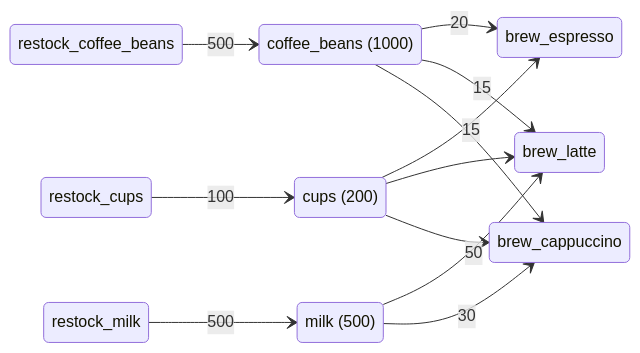
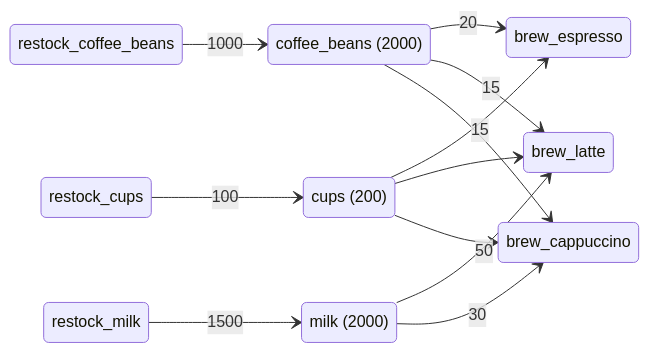
One commit to pflow-xyz/petri-pilot changed the first of 3 diagrams in generated/cafe/pantry/README.md. Above: the diagram before and after it, drawn with Mermaid. The commit also changed other lines of this file and 45 other files, not shown here.

````diff
--- a/generated/cafe/pantry/README.md
+++ b/generated/cafe/pantry/README.md
@@ -50,35 +56,35 @@
 ```mermaid
 stateDiagram-v2
     direction LR
 
-    state "coffee_beans (1000)" as PlaceCoffeeBeans
-    state "milk (500)" as PlaceMilk
+    state "coffee_beans (2000)" as PlaceCoffeeBeans
+    state "milk (2000)" as PlaceMilk
     state "cups (200)" as PlaceCups
 
 
     state "brew_espresso" as t_TransitionBrewEspresso
     state "brew_latte" as t_TransitionBrewLatte
     state "brew_cappuccino" as t_TransitionBrewCappuccino
     state "restock_coffee_beans" as t_TransitionRestockCoffeeBeans
     state "restock_milk" as t_TransitionRestockMilk
     state "restock_cups" as t_TransitionRestockCups
 
 
     PlaceCoffeeBeans --> t_TransitionBrewEspresso: 20
     PlaceCups --> t_TransitionBrewEspresso
 
     PlaceCoffeeBeans --> t_TransitionBrewLatte: 15
     PlaceMilk --> t_TransitionBrewLatte: 50
     PlaceCups --> t_TransitionBrewLatte
 
     PlaceCoffeeBeans --> t_TransitionBrewCappuccino: 15
     PlaceMilk --> t_TransitionBrewCappuccino: 30
     PlaceCups --> t_TransitionBrewCappuccino
 
-    t_TransitionRestockCoffeeBeans --> PlaceCoffeeBeans: 500
+    t_TransitionRestockCoffeeBeans --> PlaceCoffeeBeans: 1000
 
-    t_TransitionRestockMilk --> PlaceMilk: 500
+    t_TransitionRestockMilk --> PlaceMilk: 1500
 
     t_TransitionRestockCups --> PlaceCups: 100
 
 ```
````
